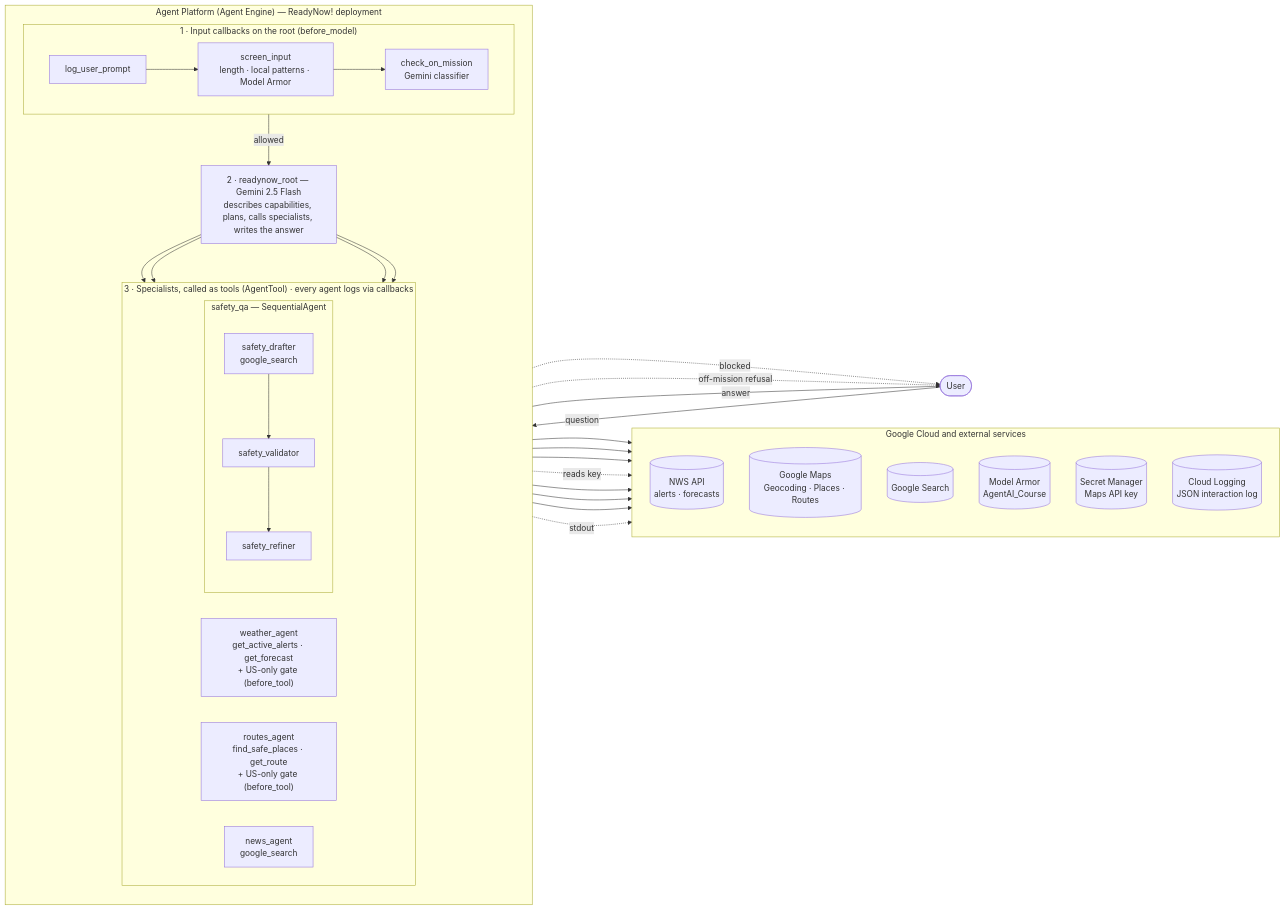
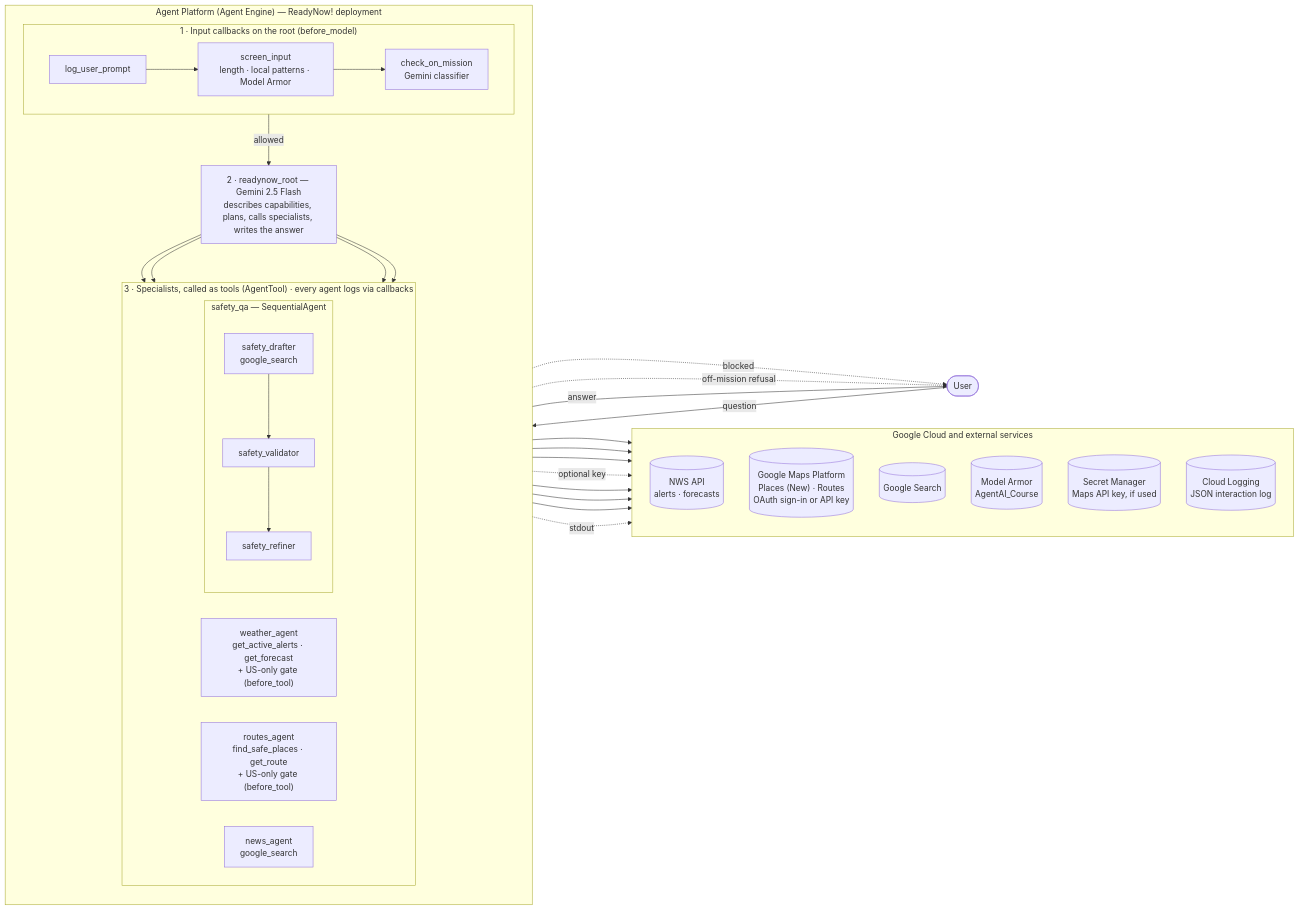
One commit to masber2000/Google_SDK changed the diagram in challenge6/architecture.md. Above: the diagram before and after it, drawn with Mermaid. The commit also changed other lines of this file and 2 other files, not shown here.

Commit message:
Challenge 6: call Google Maps with Google Cloud OAuth when no API key is available
Geocoding moves to Places API (New) text search; Places and Routes use OAuth
(Authorization + X-Goog-User-Project) unless GOOGLE_MAPS_API_KEY is set. Route
results include a Google Maps directions link as a no-key fallback. Notebook no
longer prompts for a key, enables the Places and Routes APIs, and grants the
deployed agent Service Usage Consumer.

````diff
--- a/challenge6/architecture.md
+++ b/challenge6/architecture.md
@@ -5,46 +5,46 @@
 ```mermaid
 flowchart LR
     U([User])
 
     subgraph AP["Agent Platform (Agent Engine) — ReadyNow! deployment"]
         direction TB
         subgraph G["1 · Input callbacks on the root (before_model)"]
             direction LR
             L1["log_user_prompt"] --> S["screen_input<br/>length · local patterns · Model Armor"] --> C["check_on_mission<br/>Gemini classifier"]
         end
         R["2 · readynow_root — Gemini 2.5 Flash<br/>describes capabilities, plans, calls specialists, writes the answer"]
         subgraph SP["3 · Specialists, called as tools (AgentTool) · every agent logs via callbacks"]
             direction LR
             W["weather_agent<br/>get_active_alerts · get_forecast<br/>+ US-only gate (before_tool)"]
             RT["routes_agent<br/>find_safe_places · get_route<br/>+ US-only gate (before_tool)"]
             N["news_agent<br/>google_search"]
             subgraph Q["safety_qa — SequentialAgent"]
                 direction TB
                 D["safety_drafter<br/>google_search"] --> V["safety_validator"] --> F["safety_refiner"]
             end
         end
         C -->|allowed| R
         R --> W & RT & N & Q
     end
 
     subgraph EXT["Google Cloud and external services"]
         direction TB
         NWS[("NWS API<br/>alerts · forecasts")]
-        MAPS[("Google Maps<br/>Geocoding · Places · Routes")]
+        MAPS[("Google Maps Platform<br/>Places (New) · Routes<br/>OAuth sign-in or API key")]
         GS[("Google Search")]
         MA[("Model Armor<br/>AgentAI_Course")]
-        SM[("Secret Manager<br/>Maps API key")]
+        SM[("Secret Manager<br/>Maps API key, if used")]
         CL[("Cloud Logging<br/>JSON interaction log")]
     end
 
     U -->|question| L1
     S -.->|blocked| U
     C -.->|off-mission refusal| U
     R -->|answer| U
     W --> NWS
     W & RT --> MAPS
-    RT -.->|reads key| SM
+    RT -.->|optional key| SM
     N & D --> GS
     S --> MA
     AP -.->|stdout| CL
 ```
````
